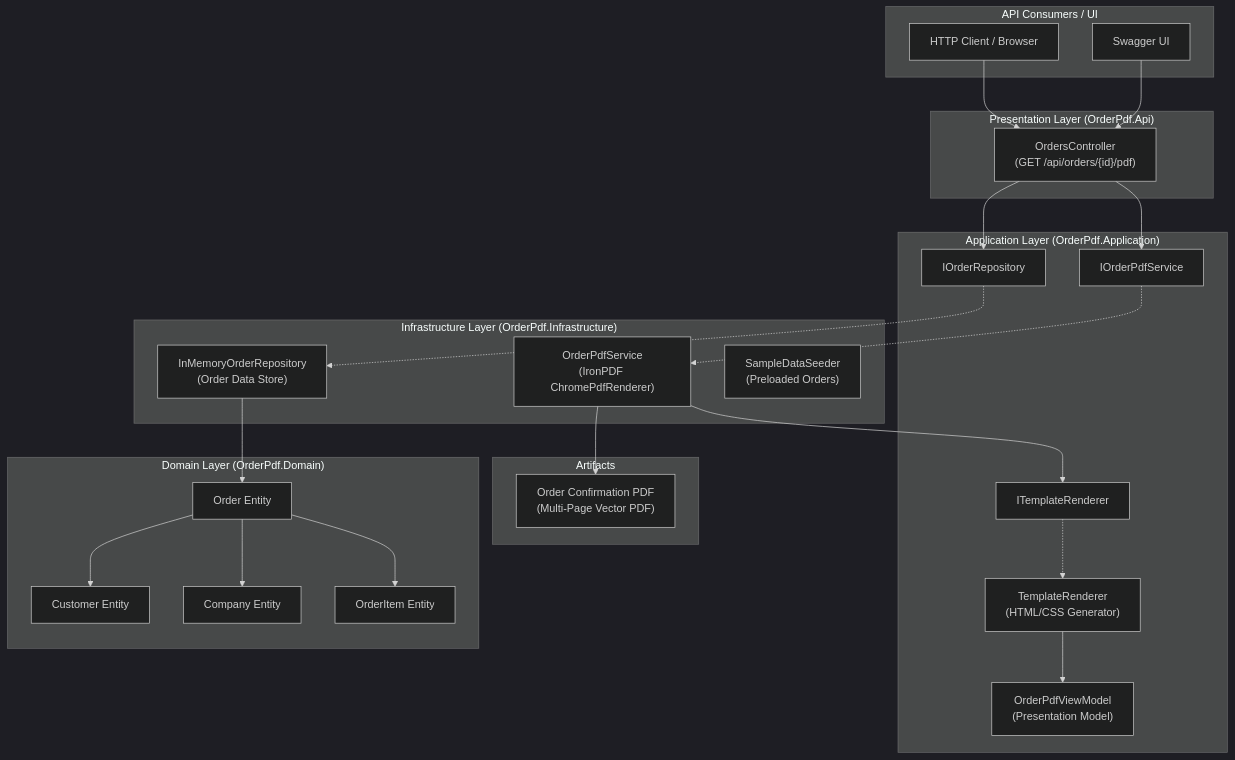
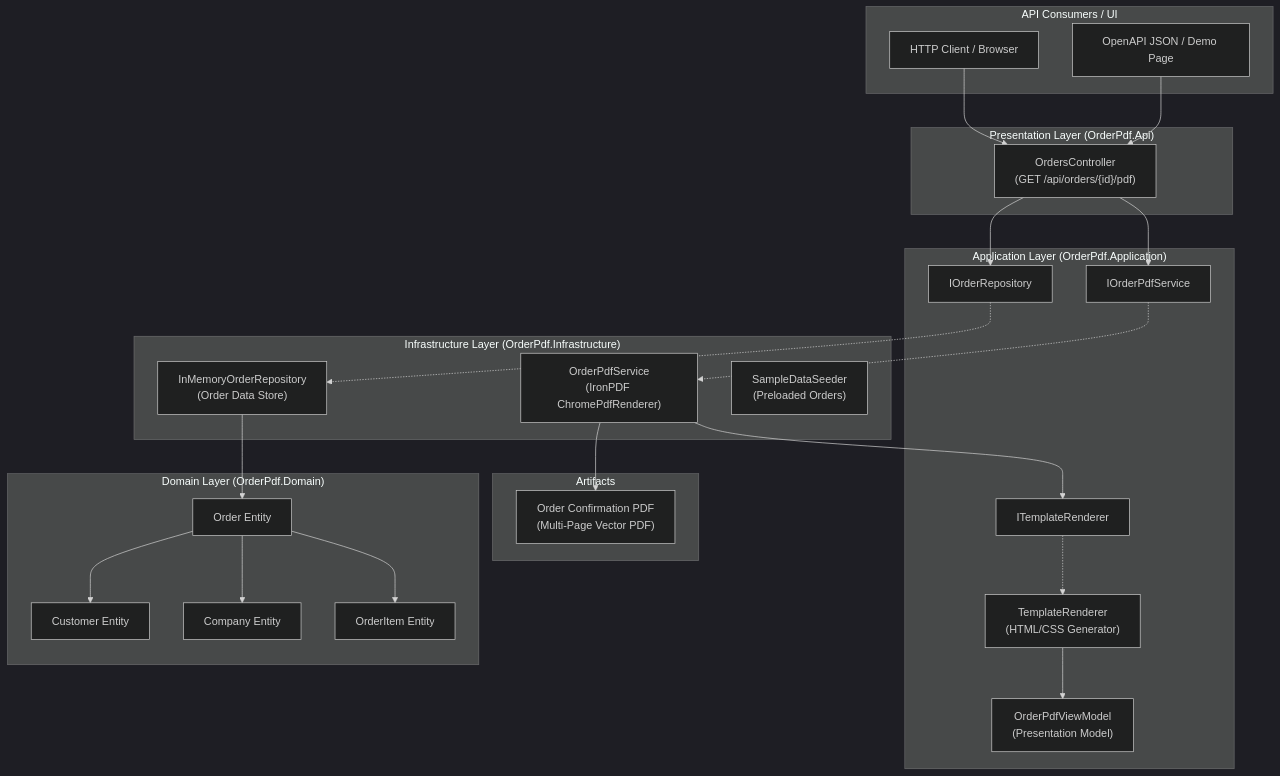
The diagram in docs/architecture.md (KanaiyaKatarmal/claude-ironpdf-dotnet), drawn with Mermaid (dark theme) before and after one commit. The commit also changed other lines of this file and 9 other files, not shown here.

````diff
--- a/docs/architecture.md
+++ b/docs/architecture.md
@@ -9,51 +9,51 @@
 ```mermaid
 flowchart TD
     subgraph Client["API Consumers / UI"]
         Web[HTTP Client / Browser]
-        Swagger[Swagger UI]
+        OpenApi[OpenAPI JSON / Demo Page]
     end
 
     subgraph API["Presentation Layer (OrderPdf.Api)"]
         Controller["OrdersController\n(GET /api/orders/{id}/pdf)"]
     end
 
     subgraph Application["Application Layer (OrderPdf.Application)"]
         ServiceDef["IOrderPdfService"]
         RepoDef["IOrderRepository"]
         TemplateDef["ITemplateRenderer"]
         TemplateImpl["TemplateRenderer\n(HTML/CSS Generator)"]
         VM["OrderPdfViewModel\n(Presentation Model)"]
     end
 
     subgraph Infrastructure["Infrastructure Layer (OrderPdf.Infrastructure)"]
         PdfService["OrderPdfService\n(IronPDF ChromePdfRenderer)"]
         OrderRepo["InMemoryOrderRepository\n(Order Data Store)"]
         Seeder["SampleDataSeeder\n(Preloaded Orders)"]
     end
 
     subgraph Domain["Domain Layer (OrderPdf.Domain)"]
         Order["Order Entity"]
         Item["OrderItem Entity"]
         Company["Company Entity"]
         Customer["Customer Entity"]
     end
 
     subgraph Output["Artifacts"]
         PDF["Order Confirmation PDF\n(Multi-Page Vector PDF)"]
     end
 
     Web --> Controller
-    Swagger --> Controller
+    OpenApi --> Controller
     Controller --> ServiceDef
     Controller --> RepoDef
     ServiceDef -.-> PdfService
     RepoDef -.-> OrderRepo
     PdfService --> TemplateDef
     TemplateDef -.-> TemplateImpl
     TemplateImpl --> VM
     OrderRepo --> Order
     Order --> Item
     Order --> Company
     Order --> Customer
     PdfService --> PDF
 ```
````
